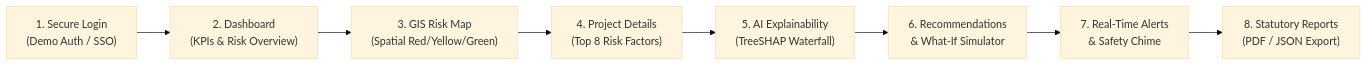
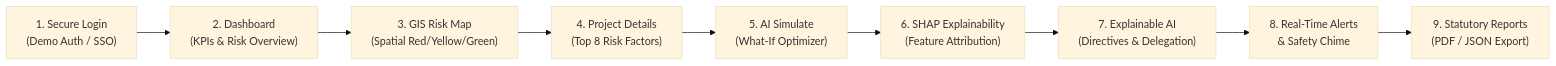
The diagram in docs/workflow/sih_solution_workflow.md (perumallapraveen56-cmd/SIH-Prototype), drawn with Mermaid (base theme) before and after one commit. The commit also changed other lines of this file and 55 other files, not shown here.

Commit message:
feat(release): finalize SIH26017 production release candidate with verified navigation, Explainable AI, Reports refresh, My Parcels cadastre, and security hardening

````diff
--- a/docs/workflow/sih_solution_workflow.md
+++ b/docs/workflow/sih_solution_workflow.md
@@ -11,10 +11,11 @@
 ```mermaid
 flowchart LR
     A["1. Secure Login\n(Demo Auth / SSO)"] --> B["2. Dashboard\n(KPIs & Risk Overview)"]
     B --> C["3. GIS Risk Map\n(Spatial Red/Yellow/Green)"]
     C --> D["4. Project Details\n(Top 8 Risk Factors)"]
-    D --> E["5. AI Explainability\n(TreeSHAP Waterfall)"]
-    E --> F["6. Recommendations\n& What-If Simulator"]
-    F --> G["7. Real-Time Alerts\n& Safety Chime"]
-    G --> H["8. Statutory Reports\n(PDF / JSON Export)"]
+    D --> E["5. AI Simulate\n(What-If Optimizer)"]
+    E --> F["6. SHAP Explainability\n(Feature Attribution)"]
+    F --> G["7. Explainable AI\n(Directives & Delegation)"]
+    G --> H["8. Real-Time Alerts\n& Safety Chime"]
+    H --> I["9. Statutory Reports\n(PDF / JSON Export)"]
 ```
````
